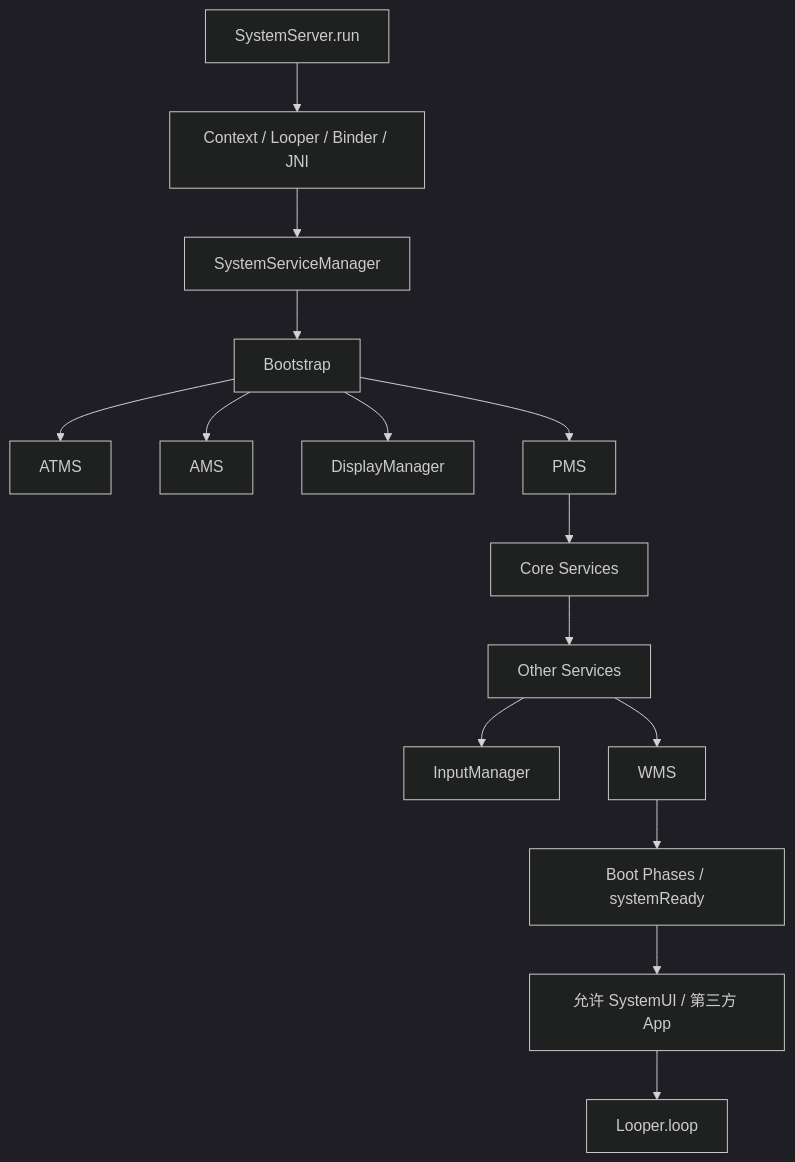
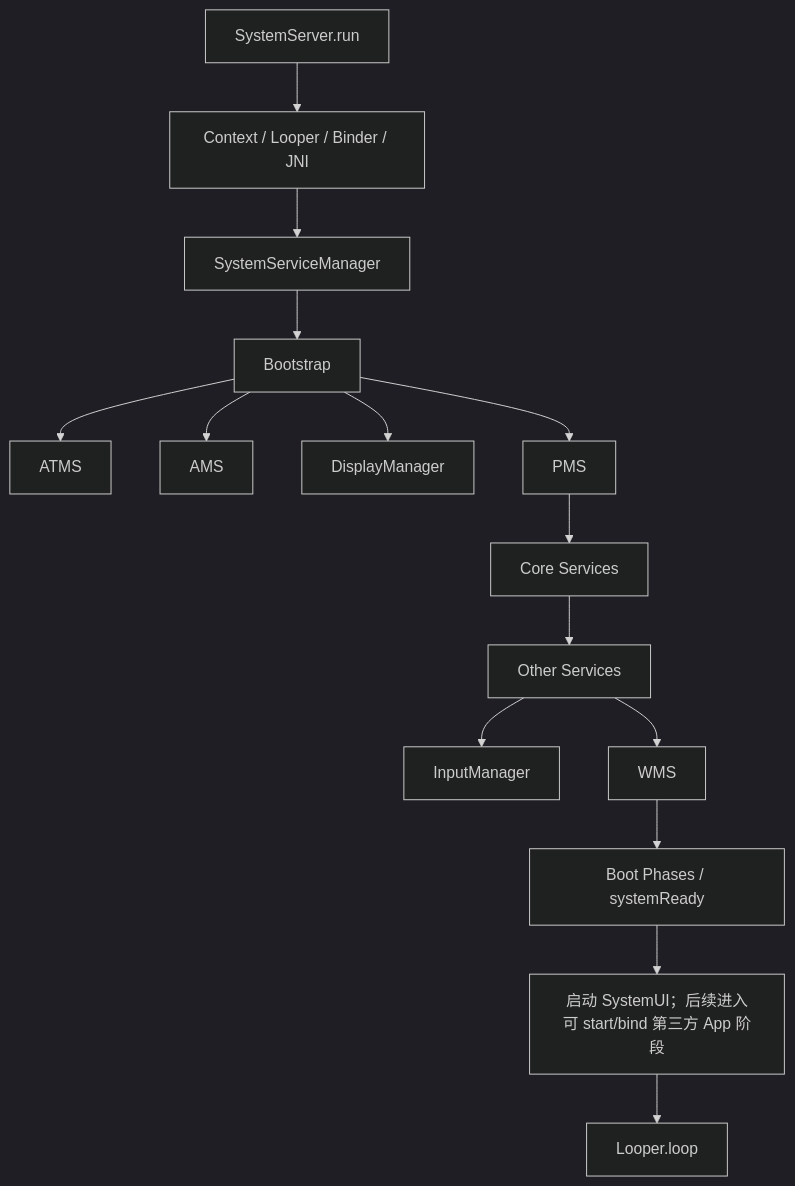
The fifth of 5 diagrams in Android源码学习/06-SystemServer与系统服务.md (junyingzhao001/StudyNotes), drawn with Mermaid (dark theme) before and after one commit. The commit also changed other lines of this file and 617 other files, not shown here.

````diff
--- a/Android源码学习/06-SystemServer与系统服务.md
+++ b/Android源码学习/06-SystemServer与系统服务.md
@@ -446,17 +458,17 @@
 ```mermaid
 flowchart TD
     SS["SystemServer.run"] --> PREP["Context / Looper / Binder / JNI"]
     PREP --> SSM["SystemServiceManager"]
     SSM --> BOOT["Bootstrap"]
     BOOT --> ATMS["ATMS"]
     BOOT --> AMS["AMS"]
     BOOT --> DMS["DisplayManager"]
     BOOT --> PMS["PMS"]
     PMS --> CORE["Core Services"]
     CORE --> OTHER["Other Services"]
     OTHER --> IMS["InputManager"]
     OTHER --> WMS["WMS"]
     WMS --> READY["Boot Phases / systemReady"]
-    READY --> APP["允许 SystemUI / 第三方 App"]
+    READY --> APP["启动 SystemUI；后续进入可 start/bind 第三方 App 阶段"]
     APP --> LOOP["Looper.loop"]
 ```
````
